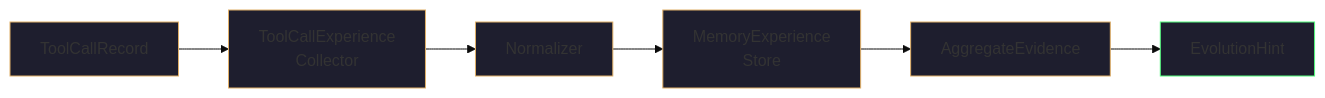
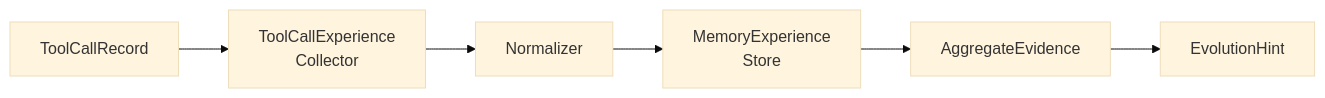
One commit to Timwood0x10/myblog changed the fifth of 6 diagrams in content/log/ARES/24.1-ga-deep-dive.md. Above: the diagram before and after it, drawn with Mermaid (base theme). The commit also changed other lines of this file and 11 other files, not shown here.

Commit message:
refactor(theme): unify Mermaid chart theme styles

````diff
--- a/content/log/ARES/24.1-ga-deep-dive.md
+++ b/content/log/ARES/24.1-ga-deep-dive.md
@@ -456,10 +446,8 @@
 ```mermaid
 flowchart LR
     TC["ToolCallRecord"] --> COL["ToolCallExperience\nCollector"] --> N["Normalizer"]
     N --> MES["MemoryExperience\nStore"] --> AE["AggregateEvidence"] --> EH["EvolutionHint"]
 
-    classDef default fill:#1e1e2e,stroke:#e0af68
-    classDef output fill:#1e1e2e,stroke:#50fa7b
     class TC,COL,N,MES,AE default
     class EH output
 ```
````
